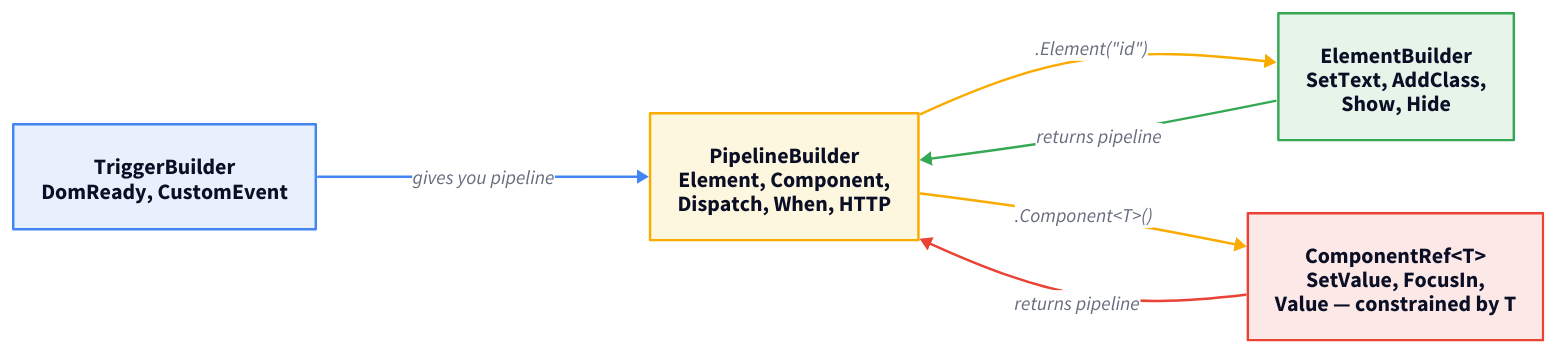
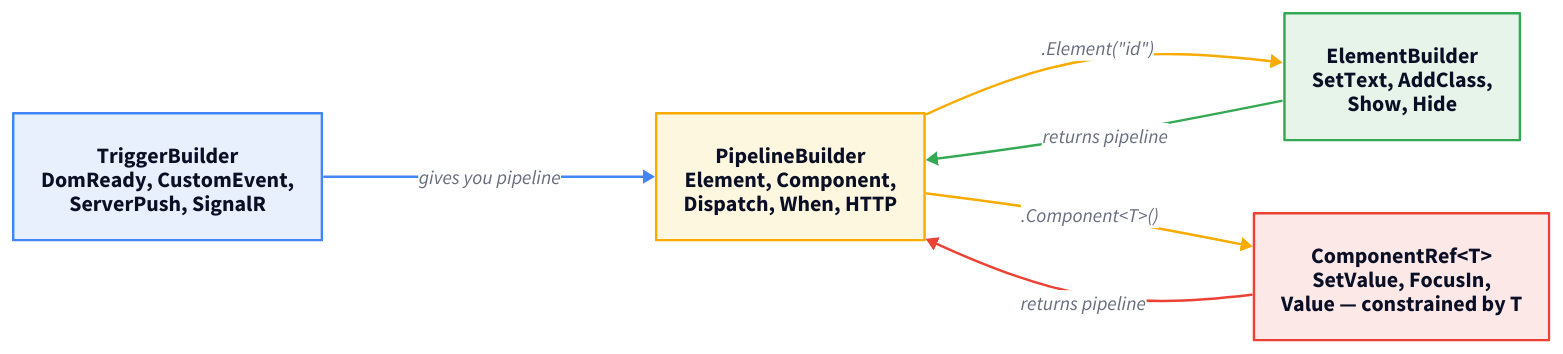
One commit to marafiq/alis-reactive changed the first of 4 diagrams in docs-site/src/content/docs/architecture/the-builders.mdx. Above: the diagram before and after it, drawn with D2. The commit also changed other lines of this file and 24 other files, not shown here.

````diff
--- a/docs-site/src/content/docs/architecture/the-builders.mdx
+++ b/docs-site/src/content/docs/architecture/the-builders.mdx
@@ -12,44 +12,44 @@
 ```d2
 direction: right
 
-trigger: "TriggerBuilder\nDomReady, CustomEvent" {
+trigger: "TriggerBuilder\nDomReady, CustomEvent,\nServerPush, SignalR" {
   shape: rectangle
   style.fill: "#e8f0fe"
   style.stroke: "#4285f4"
   style.font-size: 18
 }
 pipeline: "PipelineBuilder\nElement, Component,\nDispatch, When, HTTP" {
   shape: rectangle
   style.fill: "#fef7e0"
   style.stroke: "#f9ab00"
   style.font-size: 18
 }
 element: "ElementBuilder\nSetText, AddClass,\nShow, Hide" {
   shape: rectangle
   style.fill: "#e6f4ea"
   style.stroke: "#34a853"
   style.font-size: 18
 }
 compref: "ComponentRef<T>\nSetValue, FocusIn,\nValue — constrained by T" {
   shape: rectangle
   style.fill: "#fce8e6"
   style.stroke: "#ea4335"
   style.font-size: 18
 }
 
 trigger -> pipeline: gives you pipeline {
   style.stroke: "#4285f4"
 }
 pipeline -> element: .Element("id") {
   style.stroke: "#f9ab00"
 }
 pipeline -> compref: .Component<T>() {
   style.stroke: "#f9ab00"
 }
 element -> pipeline: returns pipeline {
   style.stroke: "#34a853"
 }
 compref -> pipeline: returns pipeline {
   style.stroke: "#ea4335"
 }
 ```
````
